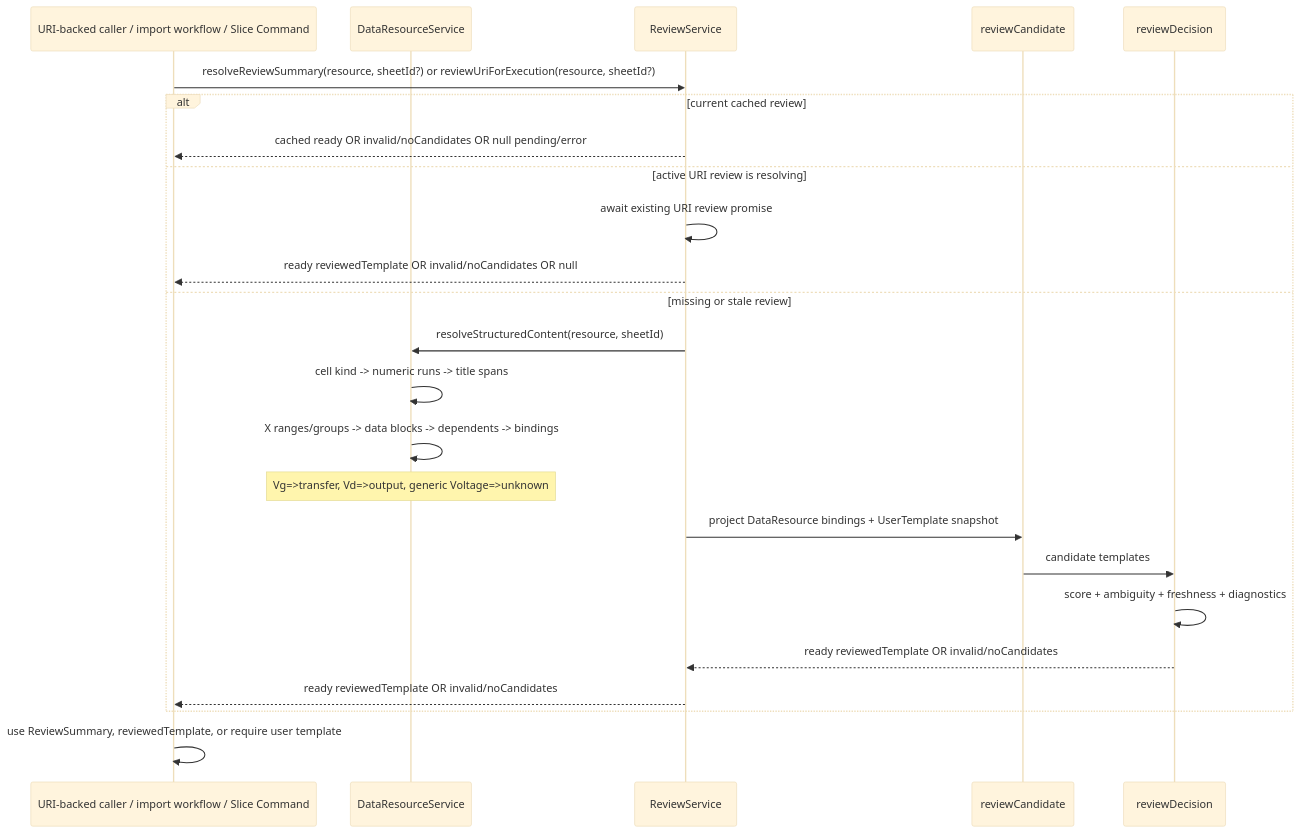
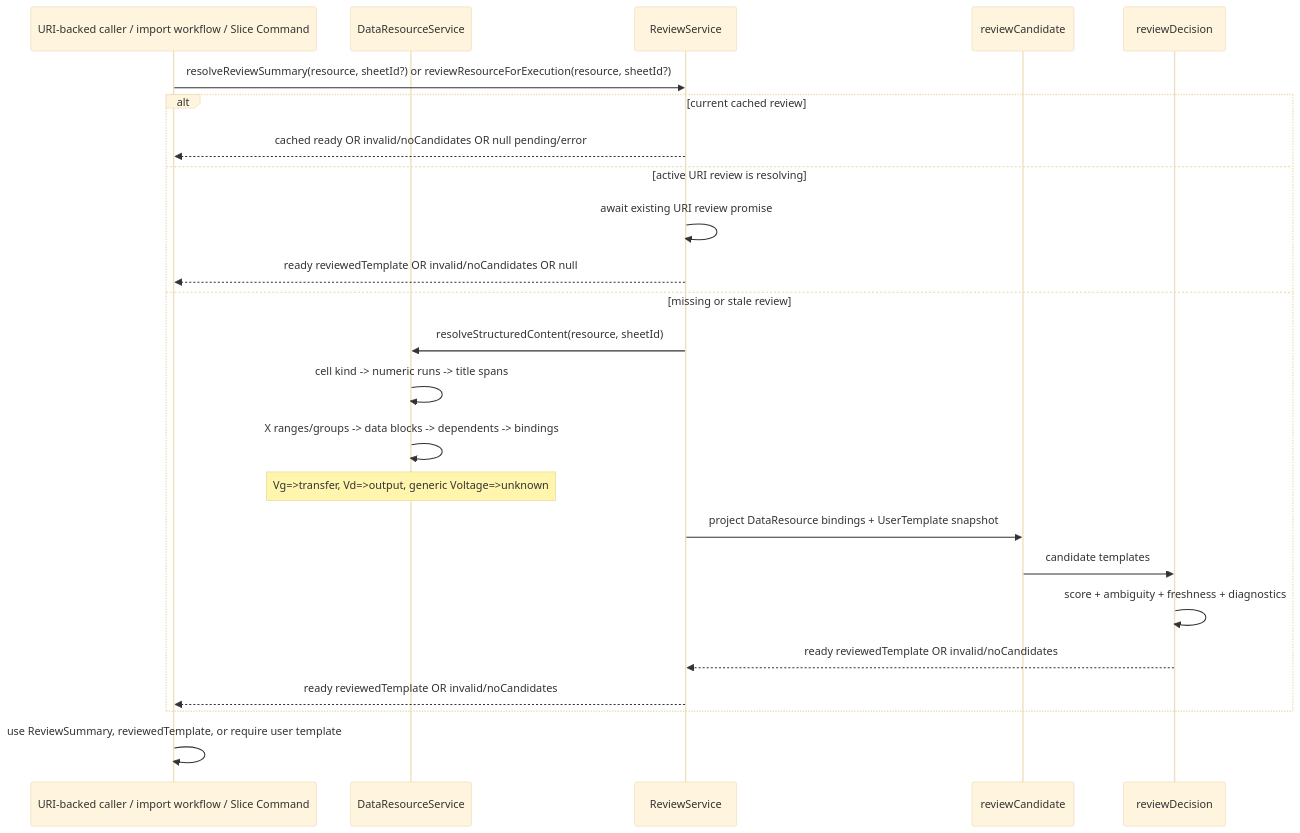
Before and after one commit to chogng/conductor: the diagram in .github/instructions/review.instructions.md, drawn with Mermaid (base theme). The commit also changed other lines of this file and 49 other files, not shown here.

````diff
--- a/.github/instructions/review.instructions.md
+++ b/.github/instructions/review.instructions.md
@@ -92,27 +92,27 @@
 ```mermaid
 sequenceDiagram
   participant Caller as URI-backed caller / import workflow / Slice Command
   participant Data as DataResourceService
   participant Review as ReviewService
   participant Candidate as reviewCandidate
   participant Decision as reviewDecision
 
-  Caller->>Review: resolveReviewSummary(resource, sheetId?) or reviewUriForExecution(resource, sheetId?)
+  Caller->>Review: resolveReviewSummary(resource, sheetId?) or reviewResourceForExecution(resource, sheetId?)
   alt current cached review
     Review-->>Caller: cached ready OR invalid/noCandidates OR null pending/error
   else active URI review is resolving
     Review->>Review: await existing URI review promise
     Review-->>Caller: ready reviewedTemplate OR invalid/noCandidates OR null
   else missing or stale review
     Review->>Data: resolveStructuredContent(resource, sheetId)
     Data->>Data: cell kind -> numeric runs -> title spans
     Data->>Data: X ranges/groups -> data blocks -> dependents -> bindings
     Note over Data: Vg=>transfer, Vd=>output, generic Voltage=>unknown
     Review->>Candidate: project DataResource bindings + UserTemplate snapshot
     Candidate->>Decision: candidate templates
     Decision->>Decision: score + ambiguity + freshness + diagnostics
     Decision-->>Review: ready reviewedTemplate OR invalid/noCandidates
     Review-->>Caller: ready reviewedTemplate OR invalid/noCandidates
   end
   Caller->>Caller: use ReviewSummary, reviewedTemplate, or require user template
 ```
````
